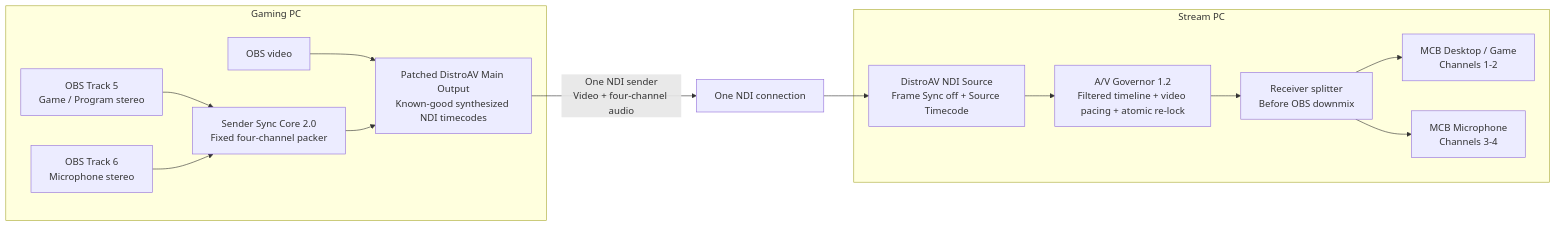
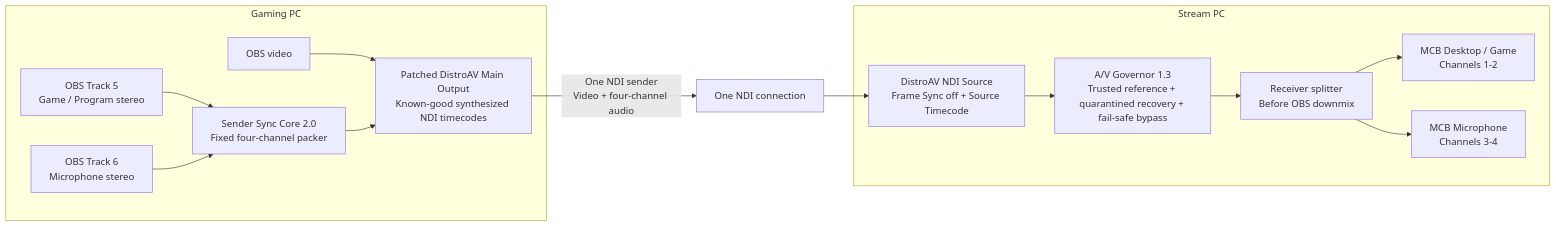
The diagram in README.md (businessdrewski-hash/Multi-Channel-Bridge-For-NDI-and-OBS-Studio), drawn with Mermaid before and after one commit. The commit also changed other lines of this file and 20 other files, not shown here.

````diff
--- a/README.md
+++ b/README.md
@@ -78,29 +80,29 @@
 ```mermaid
 flowchart LR
     subgraph G[Gaming PC]
         V[OBS video]
         A[OBS Track 5\nGame / Program stereo]
         B[OBS Track 6\nMicrophone stereo]
         M[Sender Sync Core 2.0\nFixed four-channel packer]
         D[Patched DistroAV Main Output\nKnown-good synthesized NDI timecodes]
         A --> M
         B --> M
         V --> D
         M --> D
     end
 
     D -->|One NDI sender\nVideo + four-channel audio| N[One NDI connection]
 
     subgraph S[Stream PC]
         R[DistroAV NDI Source\nFrame Sync off + Source Timecode]
-        G1[A/V Governor 1.2\nFiltered timeline + video pacing + atomic re-lock]
+        G1[A/V Governor 1.3\nTrusted reference + quarantined recovery + fail-safe bypass]
         X[Receiver splitter\nBefore OBS downmix]
         P[MCB Desktop / Game\nChannels 1-2]
         MIC[MCB Microphone\nChannels 3-4]
         R --> G1 --> X
         X --> P
         X --> MIC
     end
 
     N --> R
 ```
````
